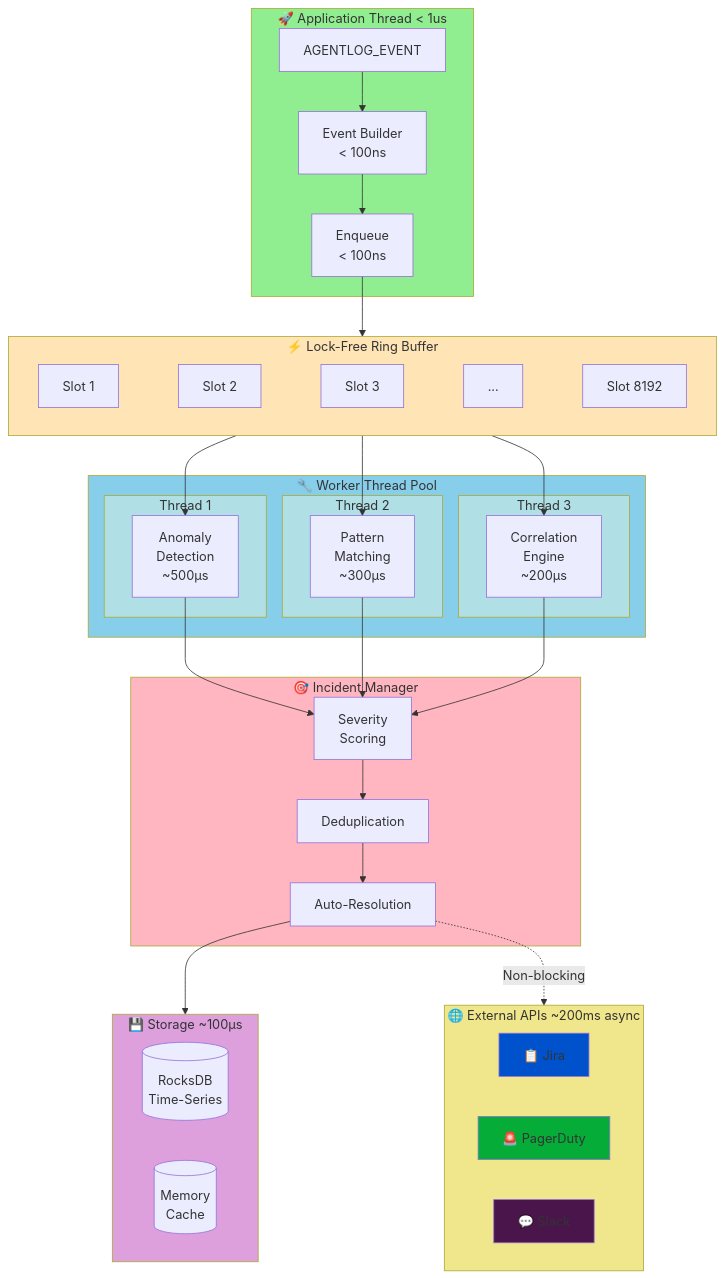
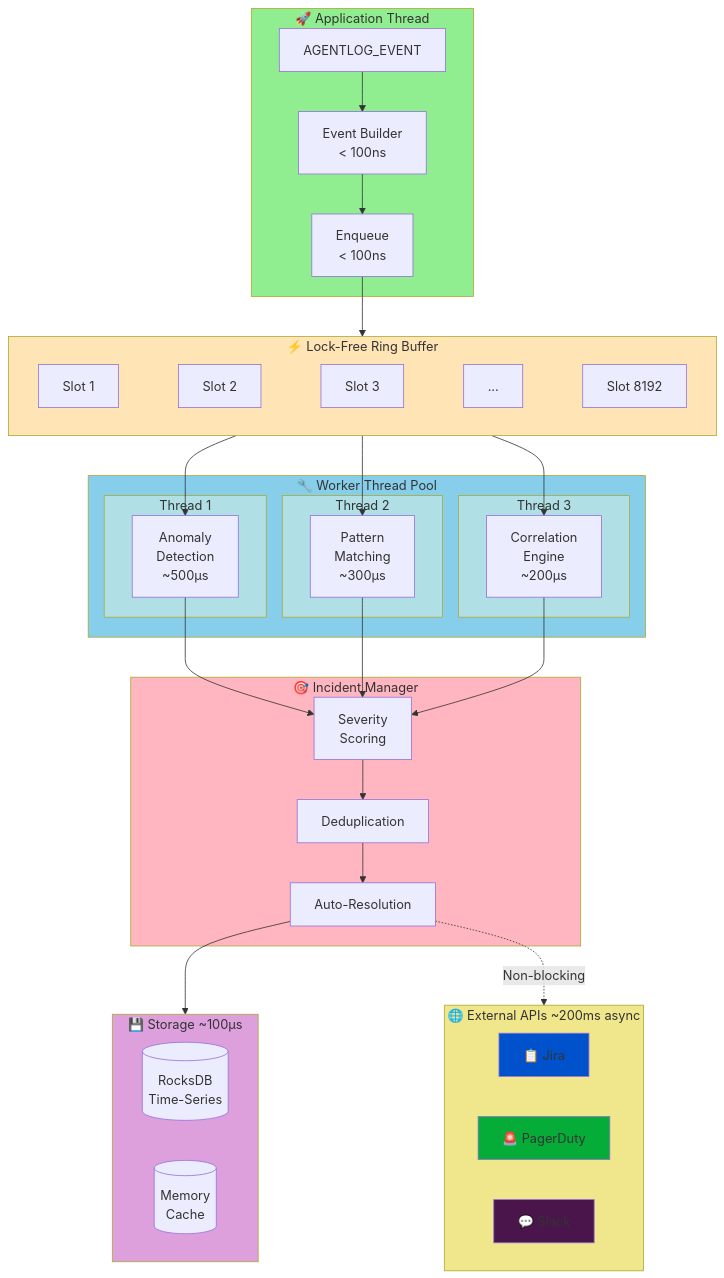
One commit to ssam18/agentlog changed the eighth of 8 diagrams in README.md. Above: the diagram before and after it, drawn with Mermaid.

````diff
--- a/README.md
+++ b/README.md
@@ -826,65 +826,65 @@
 ```mermaid
 graph TB
-    subgraph AppThread["🚀 Application Thread < 1us"]
+    subgraph AppThread["🚀 Application Thread"]
         A1[AGENTLOG_EVENT] --> A2[Event Builder<br/>< 100ns]
         A2 --> A3[Enqueue<br/>< 100ns]
     end
     
     subgraph Queue["⚡ Lock-Free Ring Buffer"]
         B1[Slot 1]
         B2[Slot 2]
         B3[Slot 3]
         B4[...]
         B5[Slot 8192]
         B1 ~~~ B2 ~~~ B3 ~~~ B4 ~~~ B5
     end
     
     subgraph Workers["🔧 Worker Thread Pool"]
         subgraph T1["Thread 1"]
             C1[Anomaly<br/>Detection<br/>~500μs]
         end
         subgraph T2["Thread 2"]
             C2[Pattern<br/>Matching<br/>~300μs]
         end
         subgraph T3["Thread 3"]
             C3[Correlation<br/>Engine<br/>~200μs]
         end
     end
     
     subgraph Storage["💾 Storage ~100μs"]
         D1[(RocksDB<br/>Time-Series)]
         D2[(Memory<br/>Cache)]
     end
     
     subgraph Manager["🎯 Incident Manager"]
         E1[Severity<br/>Scoring]
         E2[Deduplication]
         E3[Auto-Resolution]
     end
     
     subgraph External["🌐 External APIs ~200ms async"]
         F1[📋 Jira]
         F2[🚨 PagerDuty]
         F3[💬 Slack]
     end
     
     A3 --> Queue
     Queue --> C1 & C2 & C3
     C1 & C2 & C3 --> E1
     E1 --> E2 --> E3
     E3 --> Storage
     E3 -.->|Non-blocking| External
     
     style AppThread fill:#90EE90
     style Queue fill:#FFE4B5
     style Workers fill:#87CEEB
     style T1 fill:#B0E0E6
     style T2 fill:#B0E0E6
     style T3 fill:#B0E0E6
     style Storage fill:#DDA0DD
     style Manager fill:#FFB6C1
     style External fill:#F0E68C
     style F1 fill:#0052CC
     style F2 fill:#06AC38
     style F3 fill:#4A154B
 ```
````
